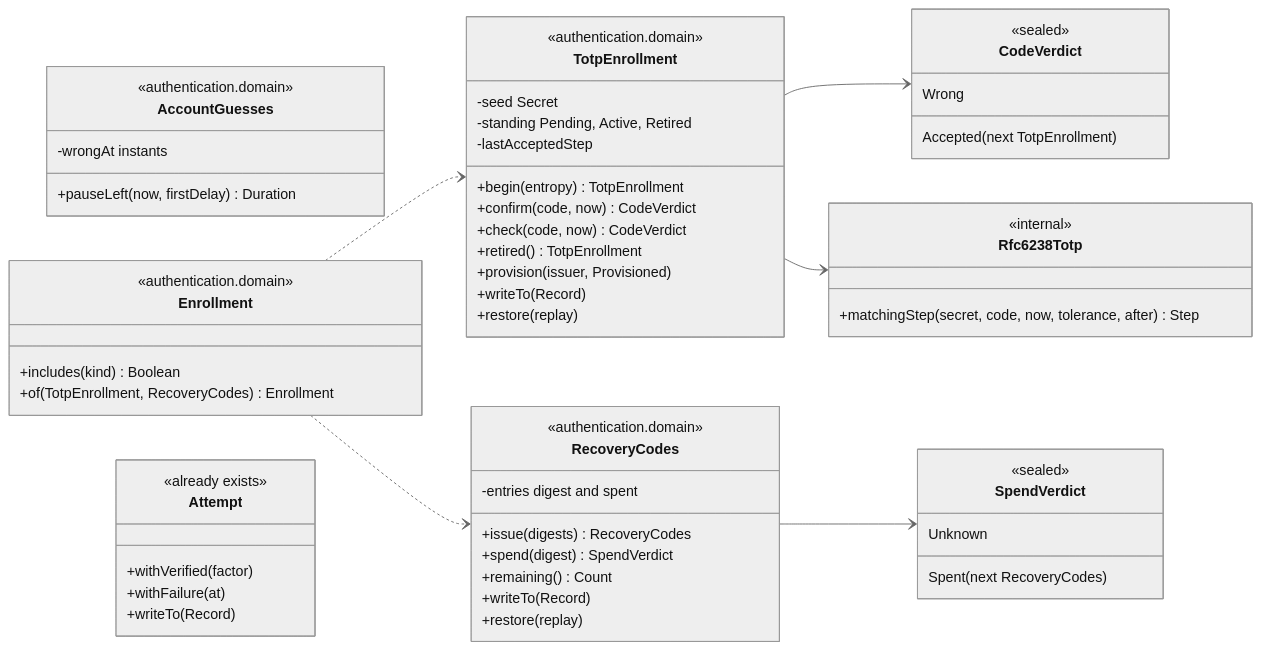
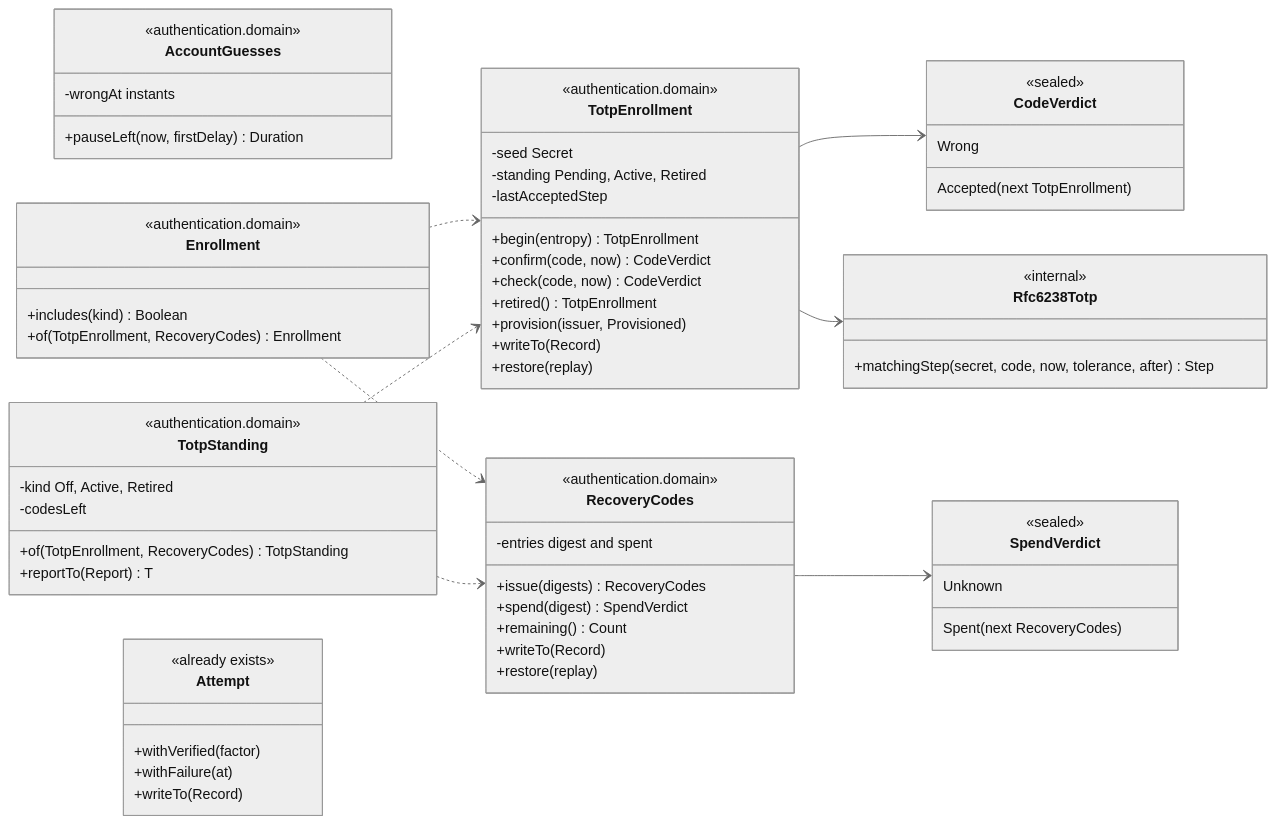
One commit to yuriisurzhykov/Tallyvane changed the fifth of 7 diagrams in docs/backend/03-authentication-slice-5b-totp.md. Above: the diagram before and after it, drawn with Mermaid (neutral theme). The commit also changed other lines of this file and 6 other files, not shown here.

First line of the commit message:
Show a person who set TOTP up again over a retired seed as retired, not off

````diff
--- a/docs/backend/03-authentication-slice-5b-totp.md
+++ b/docs/backend/03-authentication-slice-5b-totp.md
@@ -154,61 +178,70 @@
 ```mermaid
 classDiagram
     direction LR
     class TotpEnrollment {
         <<authentication.domain>>
         -seed Secret
         -standing Pending, Active, Retired
         -lastAcceptedStep
         +begin(entropy) TotpEnrollment
         +confirm(code, now) CodeVerdict
         +check(code, now) CodeVerdict
         +retired() TotpEnrollment
         +provision(issuer, Provisioned)
         +writeTo(Record)
         +restore(replay)
     }
     class CodeVerdict {
         <<sealed>>
         Accepted(next TotpEnrollment)
         Wrong
     }
     class RecoveryCodes {
         <<authentication.domain>>
         -entries digest and spent
         +issue(digests) RecoveryCodes
         +spend(digest) SpendVerdict
         +remaining() Count
         +writeTo(Record)
         +restore(replay)
     }
     class SpendVerdict {
         <<sealed>>
         Spent(next RecoveryCodes)
         Unknown
     }
     class AccountGuesses {
         <<authentication.domain>>
         -wrongAt instants
         +pauseLeft(now, firstDelay) Duration
     }
     class Enrollment {
         <<authentication.domain>>
         +includes(kind) Boolean
         +of(TotpEnrollment, RecoveryCodes) Enrollment
     }
+    class TotpStanding {
+        <<authentication.domain>>
+        -kind Off, Active, Retired
+        -codesLeft
+        +of(TotpEnrollment, RecoveryCodes) TotpStanding
+        +reportTo(Report) T
+    }
     class Rfc6238Totp {
         <<internal>>
         +matchingStep(secret, code, now, tolerance, after) Step
     }
     class Attempt {
         <<already exists>>
         +withVerified(factor)
         +withFailure(at)
         +writeTo(Record)
     }
     TotpEnrollment --> CodeVerdict
     TotpEnrollment --> Rfc6238Totp
     RecoveryCodes --> SpendVerdict
     Enrollment ..> TotpEnrollment
     Enrollment ..> RecoveryCodes
+    TotpStanding ..> TotpEnrollment
+    TotpStanding ..> RecoveryCodes
 ```
````
